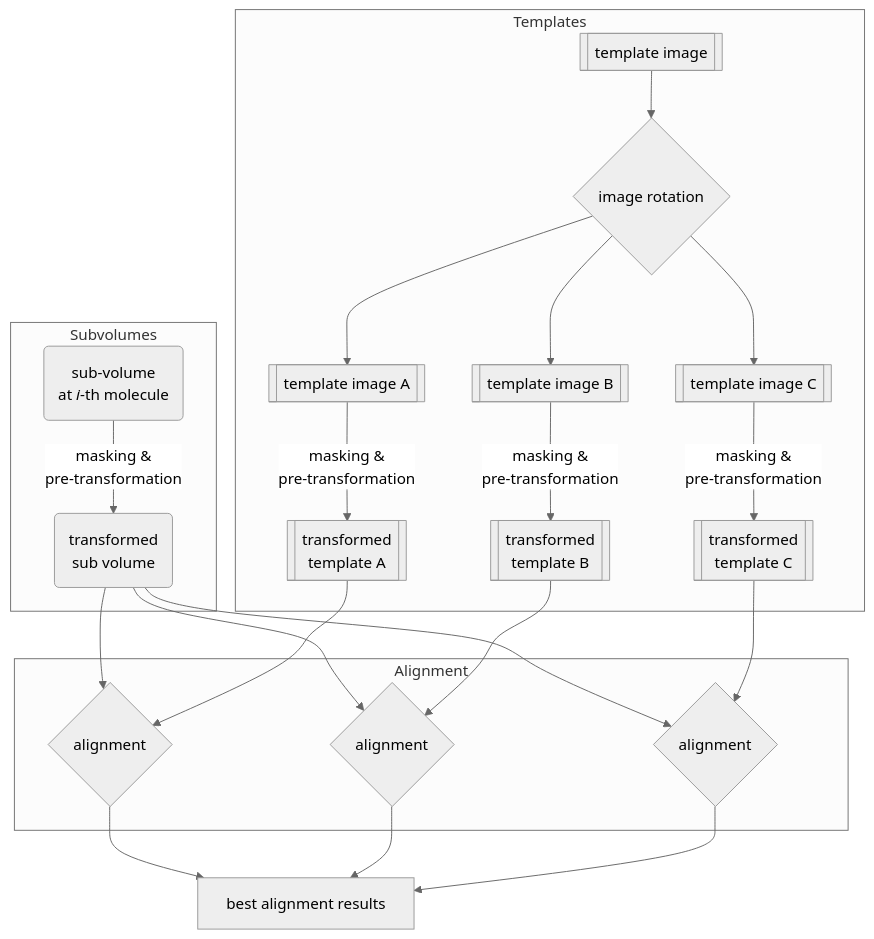
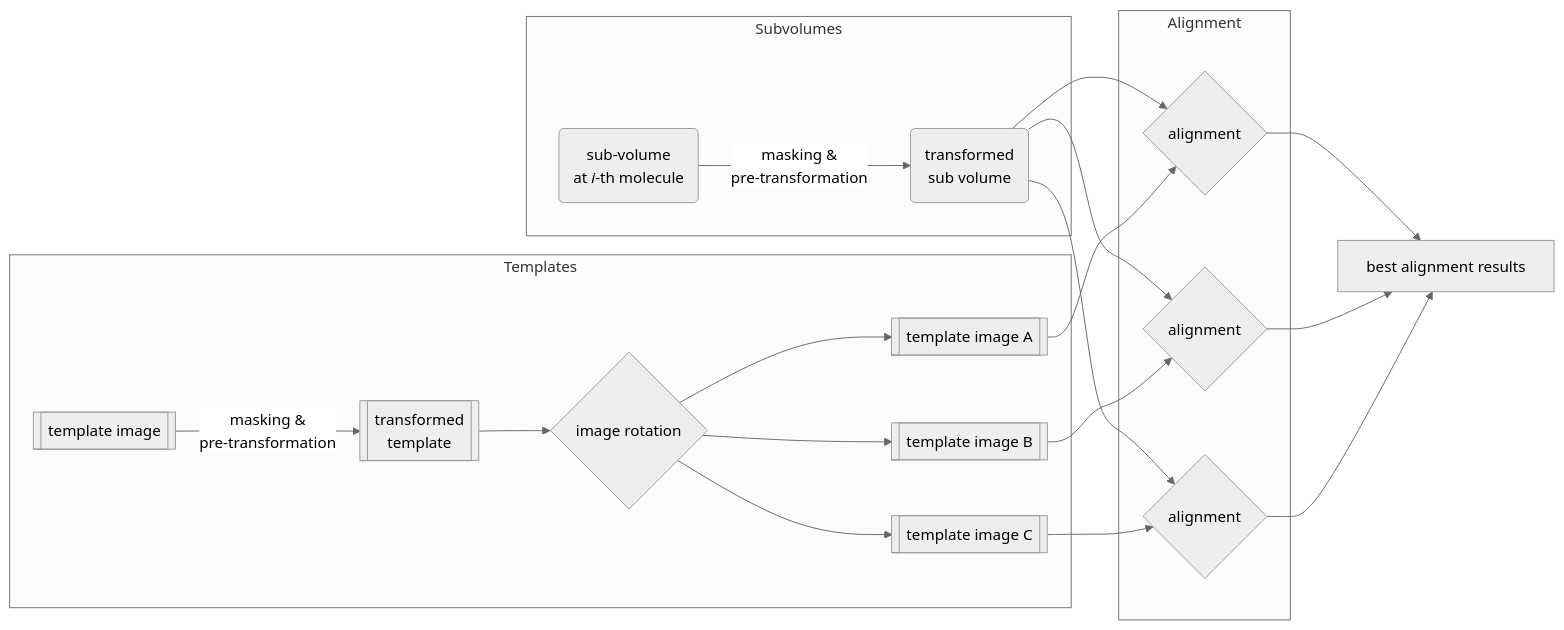
Before and after one commit to hanjinliu/acryo: the third of 3 diagrams in rst/main/alignment.rst, drawn with Mermaid (neutral theme). The commit also changed other lines of this file and 4 other files, not shown here.

```diff
--- a/rst/main/alignment.rst
+++ b/rst/main/alignment.rst
@@ -62,46 +92,43 @@
 .. mermaid::
 
-    graph TD
+    graph LR
 
         subgraph Subvolumes
             vol(sub-volume\nat <i>i</i>-th molecule)
             vol_t(transformed\nsub volume)
             vol--masking &<br>pre-transformation-->vol_t
         end
 
         subgraph Templates
             tmp[[template image]]
+            tmp_t[[transformed\ntemplate]]
+            tmp--masking &<br>pre-transformation-->tmp_t
+
             tmp0[[template image A]]
             tmp1[[template image B]]
             tmp2[[template image C]]
             rot{image rotation}
-            tmp-->rot
+            tmp_t-->rot
             rot-->tmp0
             rot-->tmp1
             rot-->tmp2
-            tmp0_t[[transformed\ntemplate A]]
-            tmp1_t[[transformed\ntemplate B]]
-            tmp2_t[[transformed\ntemplate C]]
-            tmp0--masking &<br>pre-transformation-->tmp0_t
-            tmp1--masking &<br>pre-transformation-->tmp1_t
-            tmp2--masking &<br>pre-transformation-->tmp2_t
         end
 
         subgraph Alignment
             aln0{alignment}
             aln1{alignment}
             aln2{alignment}
         end
         result[best alignment results]
 
         vol_t-->aln0
         vol_t-->aln1
         vol_t-->aln2
 
-        tmp0_t-->aln0
-        tmp1_t-->aln1
-        tmp2_t-->aln2
+        tmp0-->aln0
+        tmp1-->aln1
+        tmp2-->aln2
 
         aln0-->result
         aln1-->result
         aln2-->result
```
